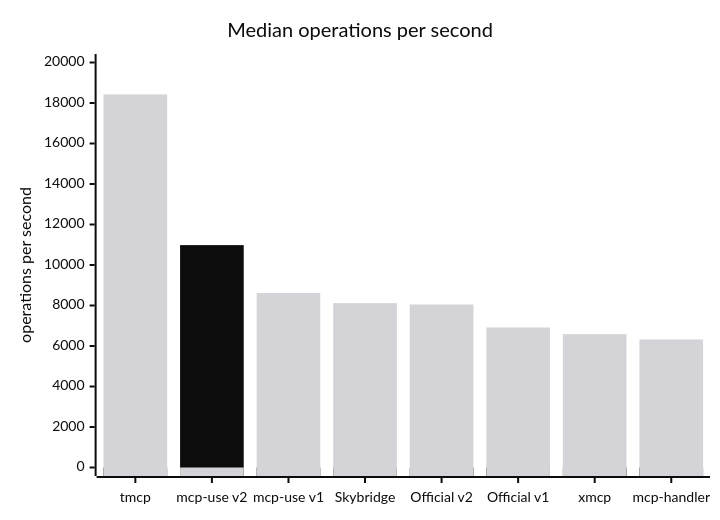
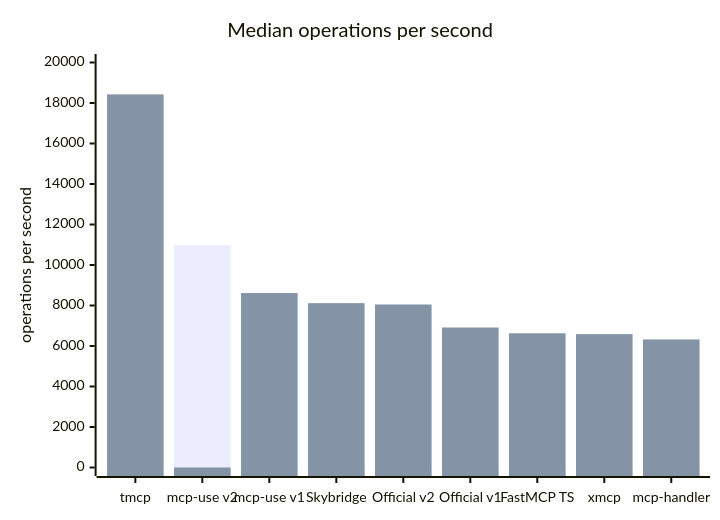
Before and after one commit to mcp-use/mcp-use: the first of 4 diagrams in benchmark.md, drawn with Mermaid. The commit also changed other lines of this file and 1 other file, not shown here.

First line of the commit message:
docs: compare FastMCP TypeScript (#2060)

````diff
--- a/benchmark.md
+++ b/benchmark.md
@@ -26,24 +27,8 @@
 ```mermaid
----
-config:
-  themeVariables:
-    xyChart:
-      backgroundColor: "#ffffff"
-      titleColor: "#0c0c0c"
-      xAxisLabelColor: "#0c0c0c"
-      xAxisTitleColor: "#0c0c0c"
-      xAxisTickColor: "#0c0c0c"
-      xAxisLineColor: "#0c0c0c"
-      yAxisLabelColor: "#0c0c0c"
-      yAxisTitleColor: "#0c0c0c"
-      yAxisTickColor: "#0c0c0c"
-      yAxisLineColor: "#0c0c0c"
-      plotColorPalette: "#0c0c0c, #d4d4d8"
----
 xychart
   title "Median operations per second"
-  x-axis ["tmcp", "mcp-use v2", "mcp-use v1", "Skybridge", "Official v2", "Official v1", "xmcp", "mcp-handler"]
+  x-axis ["tmcp", "mcp-use v2", "mcp-use v1", "Skybridge", "Official v2", "Official v1", "FastMCP TS", "xmcp", "mcp-handler"]
   y-axis "operations per second" 0 --> 20000
-  bar [0, 10982, 0, 0, 0, 0, 0, 0]
-  bar [18425, 0, 8615, 8116, 8050, 6914, 6585, 6324]
+  bar [0, 10982, 0, 0, 0, 0, 0, 0, 0]
+  bar [18425, 0, 8615, 8116, 8050, 6914, 6628, 6585, 6324]
 ```
````
